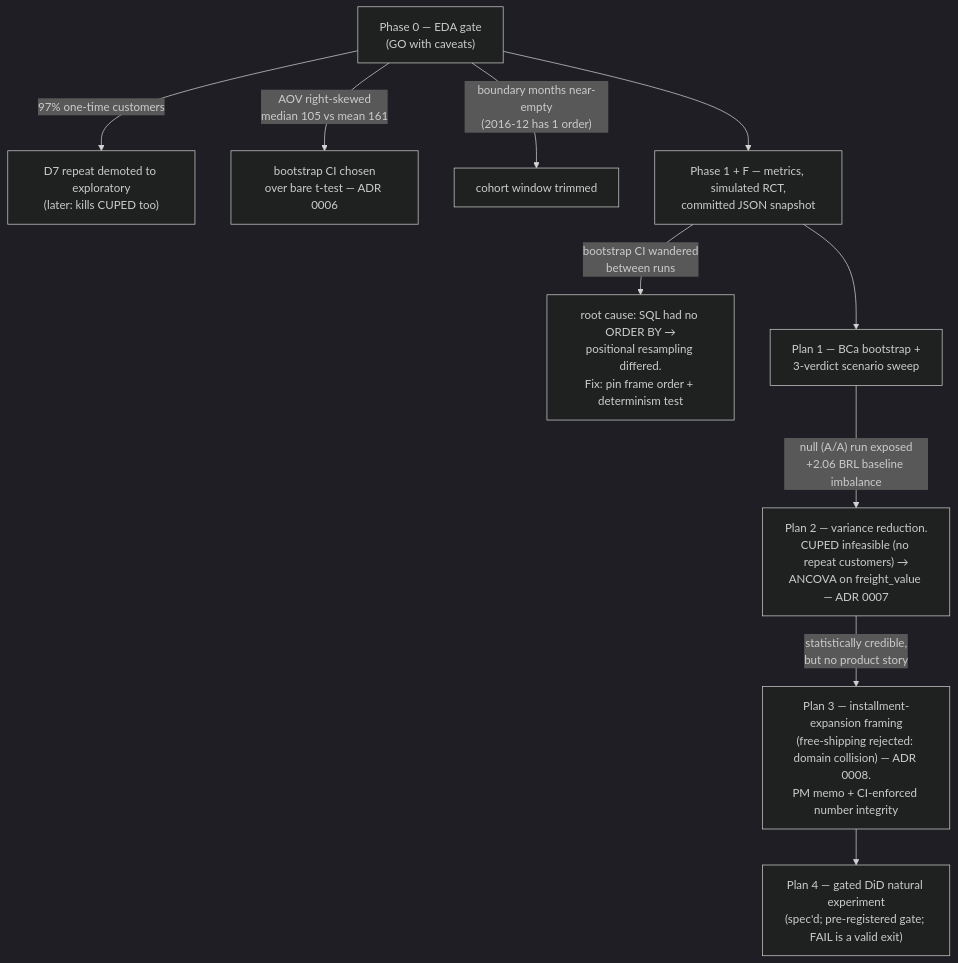
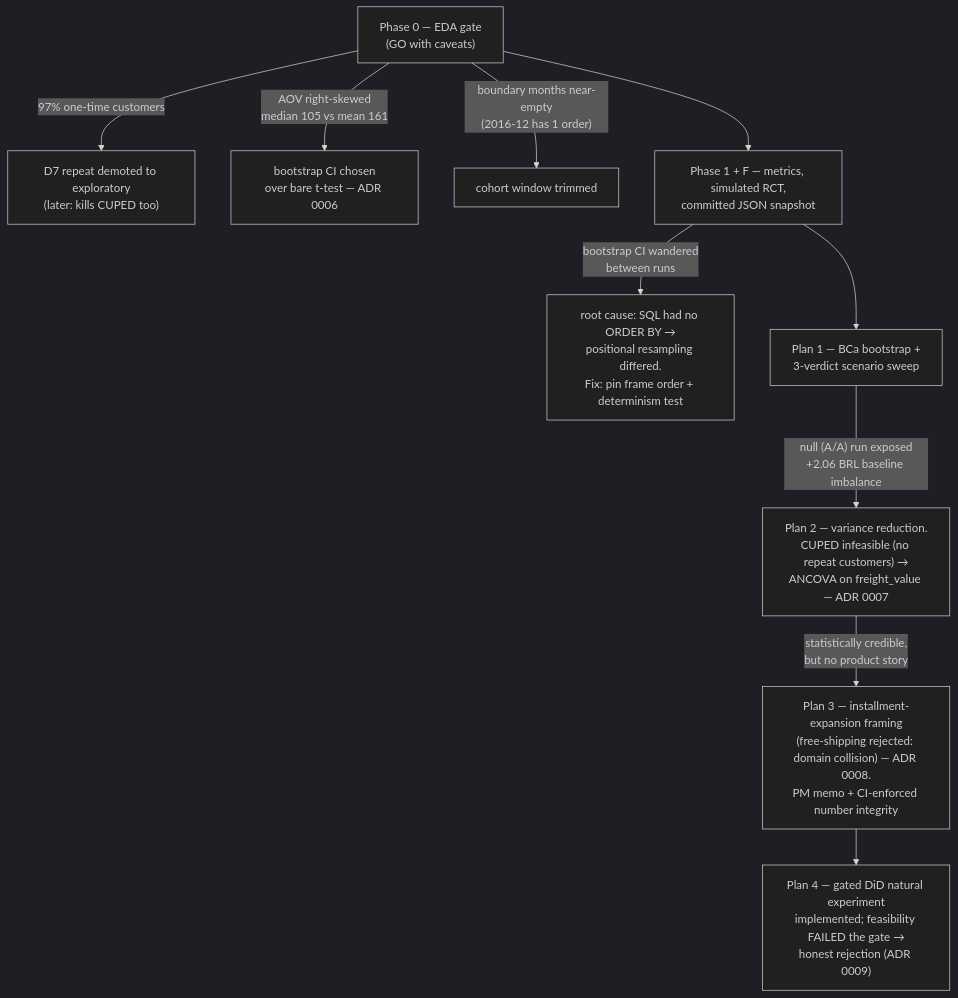
One commit to tirthjoship/product-experimentation changed the first of 4 diagrams in README.md. Above: the diagram before and after it, drawn with Mermaid (dark theme). The commit also changed other lines of this file and 2 other files, not shown here.

Commit message:
docs: Plan 4 findings sweep — DiD honest rejection across README/STATUS/CONTEXT

````diff
--- a/README.md
+++ b/README.md
@@ -96,13 +95,13 @@
 ```mermaid
 flowchart TD
     P0["Phase 0 — EDA gate<br/>(GO with caveats)"]
     P0 -->|"97% one-time customers"| C1["D7 repeat demoted to exploratory<br/>(later: kills CUPED too)"]
     P0 -->|"AOV right-skewed<br/>median 105 vs mean 161"| C2["bootstrap CI chosen<br/>over bare t-test — ADR 0006"]
     P0 -->|"boundary months near-empty<br/>(2016-12 has 1 order)"| C3["cohort window trimmed"]
     P0 --> P1["Phase 1 + F — metrics, simulated RCT,<br/>committed JSON snapshot"]
     P1 -->|"bootstrap CI wandered<br/>between runs"| C4["root cause: SQL had no ORDER BY →<br/>positional resampling differed.<br/>Fix: pin frame order + determinism test"]
     P1 --> PL1["Plan 1 — BCa bootstrap +<br/>3-verdict scenario sweep"]
     PL1 -->|"null (A/A) run exposed<br/>+2.06 BRL baseline imbalance"| PL2["Plan 2 — variance reduction.<br/>CUPED infeasible (no repeat customers) →<br/>ANCOVA on freight_value — ADR 0007"]
     PL2 -->|"statistically credible,<br/>but no product story"| PL3["Plan 3 — installment-expansion framing<br/>(free-shipping rejected: domain collision) — ADR 0008.<br/>PM memo + CI-enforced number integrity"]
-    PL3 --> PL4["Plan 4 — gated DiD natural experiment<br/>(spec'd; pre-registered gate; FAIL is a valid exit)"]
+    PL3 --> PL4["Plan 4 — gated DiD natural experiment<br/>implemented; feasibility FAILED the gate →<br/>honest rejection (ADR 0009)"]
 ```
````
